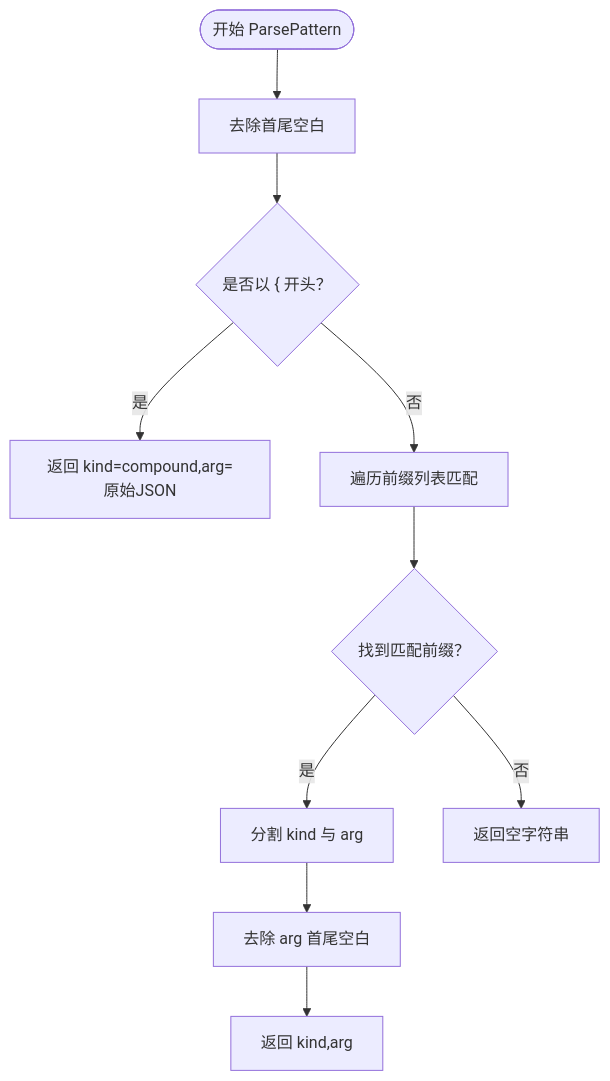
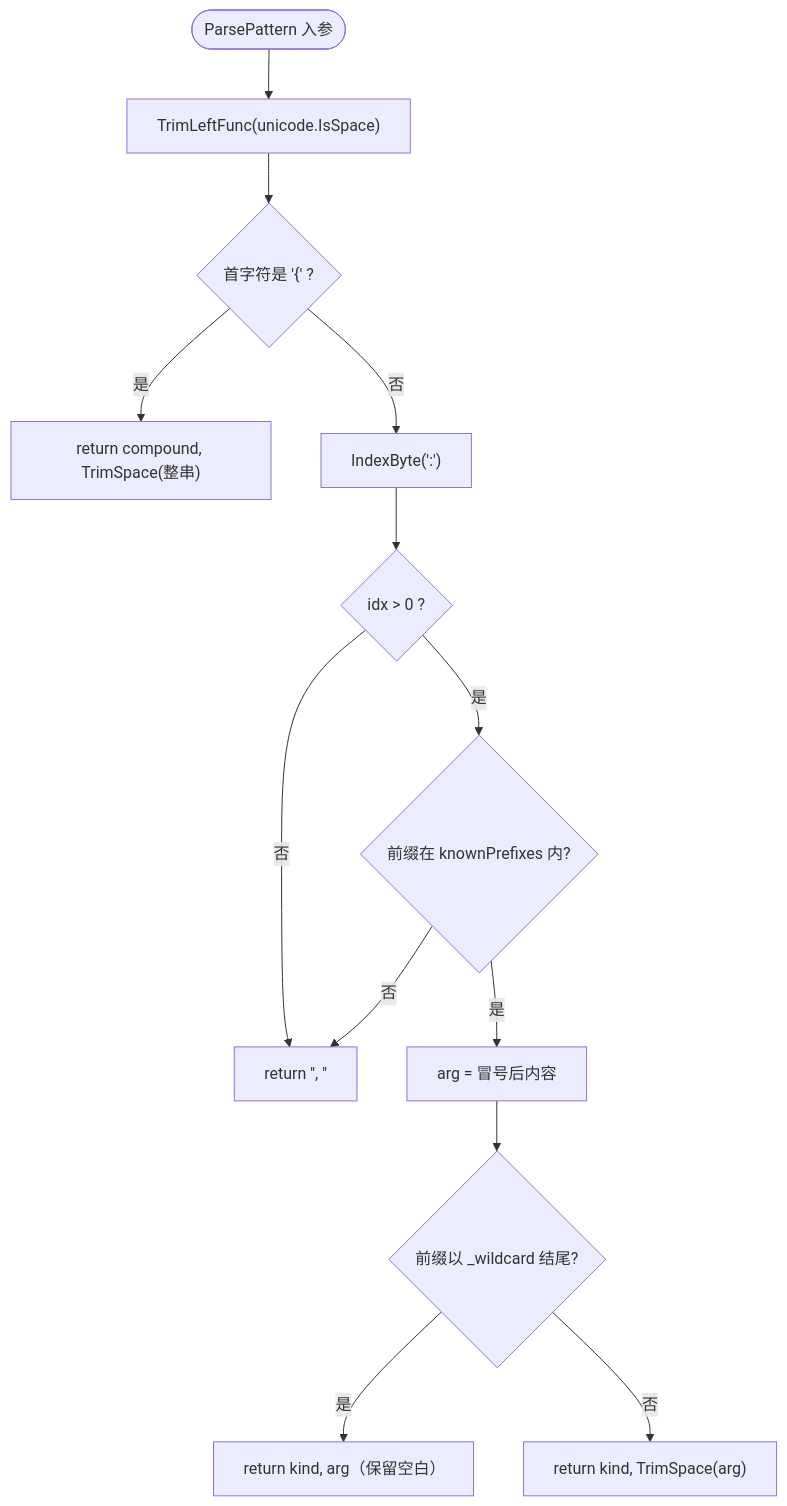
One commit to x01n/My-OpenWaf changed the fifth of 6 diagrams in docs/WAF 引擎系统/规则编译器.md. Above: the diagram before and after it, drawn with Mermaid. The commit also changed other lines of this file and 622 other files, not shown here.

````diff
--- a/docs/WAF 引擎系统/规则编译器.md
+++ b/docs/WAF 引擎系统/规则编译器.md
@@ -161,12 +328,15 @@
 ```mermaid
 flowchart TD
-S(["开始 ParsePattern"]) --> Trim["去除首尾空白"]
-Trim --> IsJSON{"是否以 { 开头？"}
-IsJSON --> |是| ReturnCompound["返回 kind=compound,arg=原始JSON"]
-IsJSON --> |否| CheckPrefix["遍历前缀列表匹配"]
-CheckPrefix --> Found{"找到匹配前缀？"}
-Found --> |是| Split["分割 kind 与 arg"]
-Split --> TrimArg["去除 arg 首尾空白"]
-TrimArg --> ReturnOK["返回 kind,arg"]
-Found --> |否| ReturnEmpty["返回空字符串"]
+A(["ParsePattern 入参"]) --> T["TrimLeftFunc(unicode.IsSpace)"]
+T --> C1{"首字符是 '{' ?"}
+C1 -- 是 --> RC["return compound, TrimSpace(整串)"]
+C1 -- 否 --> IDX["IndexByte(':')"]
+IDX --> CHK{"idx > 0 ?"}
+CHK -- 否 --> EMPTY["return '', ''"]
+CHK -- 是 --> PRE{"前缀在 knownPrefixes 内?"}
+PRE -- 否 --> EMPTY
+PRE -- 是 --> ARG["arg = 冒号后内容"]
+ARG --> WC{"前缀以 _wildcard 结尾?"}
+WC -- 是 --> R1["return kind, arg（保留空白）"]
+WC -- 否 --> R2["return kind, TrimSpace(arg)"]
 ```
````
